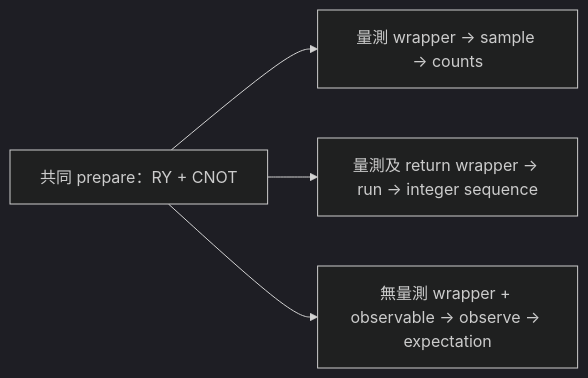
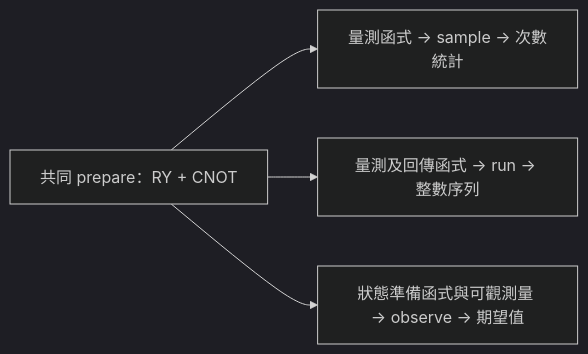
One commit to kancheng/qml-engineering-30-days changed the diagram in articles/day08/README.md. Above: the diagram before and after it, drawn with Mermaid (dark theme). The commit also changed other lines of this file and 4 other files, not shown here.

````diff
--- a/articles/day08/README.md
+++ b/articles/day08/README.md
@@ -58,6 +56,6 @@
 ```mermaid
 flowchart LR
-    P[共同 prepare：RY + CNOT] --> S[量測 wrapper → sample → counts]
-    P --> R[量測及 return wrapper → run → integer sequence]
-    P --> O[無量測 wrapper + observable → observe → expectation]
+    P[共同 prepare：RY + CNOT] --> S[量測函式 → sample → 次數統計]
+    P --> R[量測及回傳函式 → run → 整數序列]
+    P --> O[狀態準備函式與可觀測量 → observe → 期望值]
 ```
````
